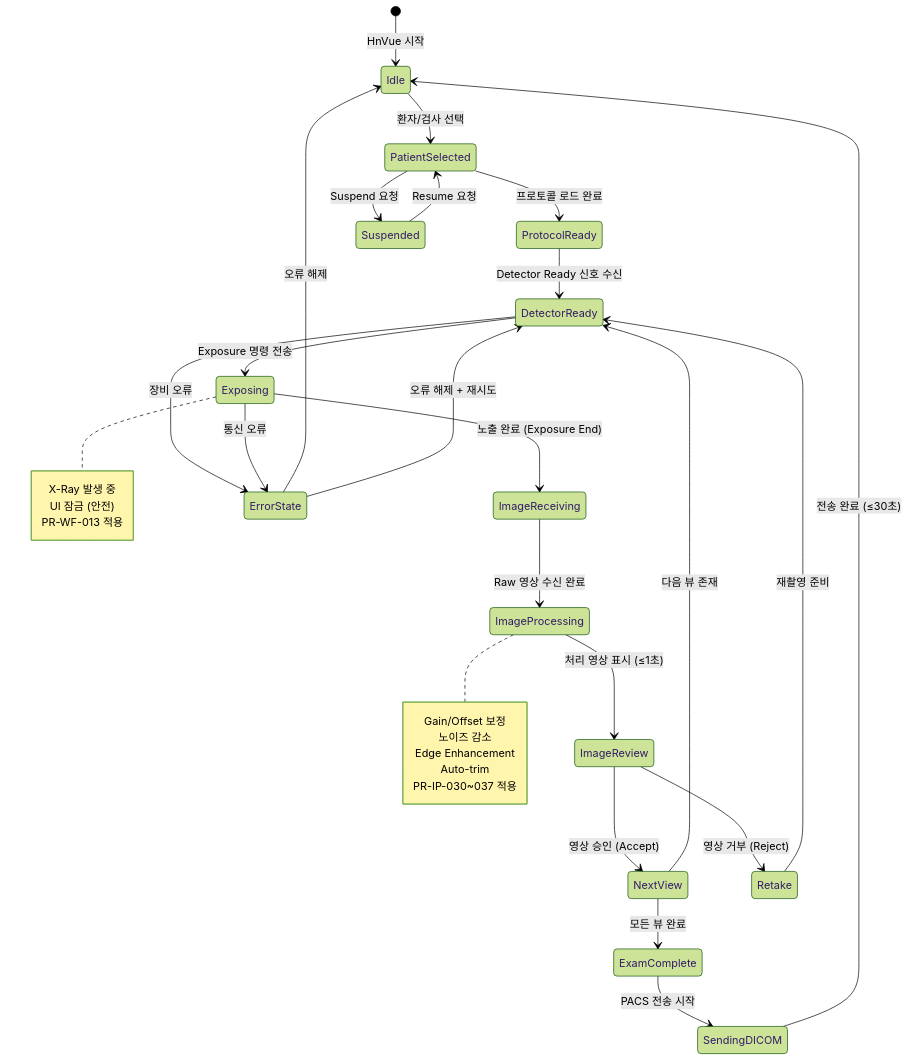
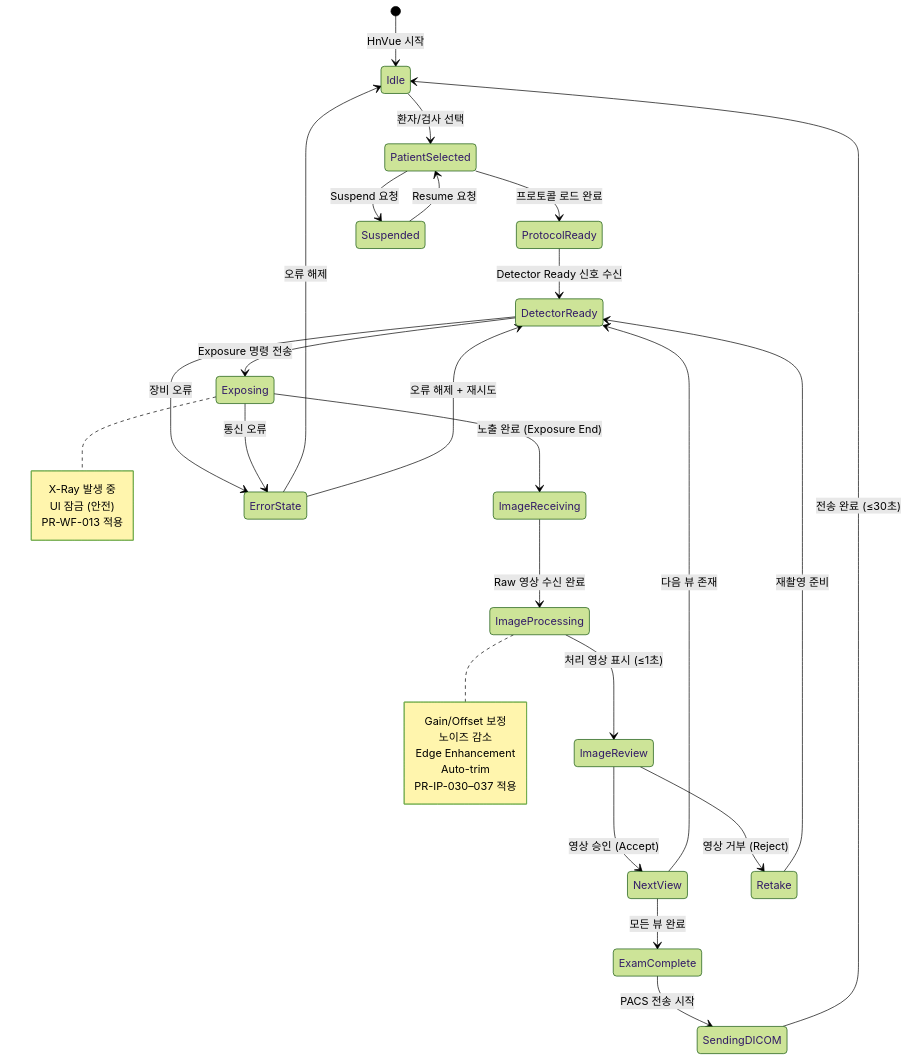
The fourth of 16 diagrams in docs/planning/DOC-002_PRD_v2.0.md (holee9/console-gui), drawn with Mermaid (forest theme) before and after one commit. The commit also changed other lines of this file and 39 other files, not shown here.

````diff
--- a/docs/planning/DOC-002_PRD_v2.0.md
+++ b/docs/planning/DOC-002_PRD_v2.0.md
@@ -429,44 +429,44 @@
 ```mermaid
 stateDiagram-v2
     [*] --> Idle : HnVue 시작
     Idle --> PatientSelected : 환자/검사 선택
     PatientSelected --> ProtocolReady : 프로토콜 로드 완료
     ProtocolReady --> DetectorReady : Detector Ready 신호 수신
     DetectorReady --> Exposing : Exposure 명령 전송
 
     Exposing --> ImageReceiving : 노출 완료 (Exposure End)
     ImageReceiving --> ImageProcessing : Raw 영상 수신 완료
     ImageProcessing --> ImageReview : 처리 영상 표시 (≤1초)
 
     ImageReview --> NextView : 영상 승인 (Accept)
     ImageReview --> Retake : 영상 거부 (Reject)
     Retake --> DetectorReady : 재촬영 준비
 
     NextView --> DetectorReady : 다음 뷰 존재
     NextView --> ExamComplete : 모든 뷰 완료
 
     ExamComplete --> SendingDICOM : PACS 전송 시작
     SendingDICOM --> Idle : 전송 완료 (≤30초)
 
     PatientSelected --> Suspended : Suspend 요청
     Suspended --> PatientSelected : Resume 요청
 
     DetectorReady --> ErrorState : 장비 오류
     Exposing --> ErrorState : 통신 오류
     ErrorState --> Idle : 오류 해제
     ErrorState --> DetectorReady : 오류 해제 + 재시도
 
     note right of Exposing
         X-Ray 발생 중
         UI 잠금 (안전)
         PR-WF-013 적용
     end note
 
     note right of ImageProcessing
         Gain/Offset 보정
         노이즈 감소
         Edge Enhancement
         Auto-trim
-        PR-IP-030~037 적용
+        PR-IP-030–037 적용
     end note
 ```
````
